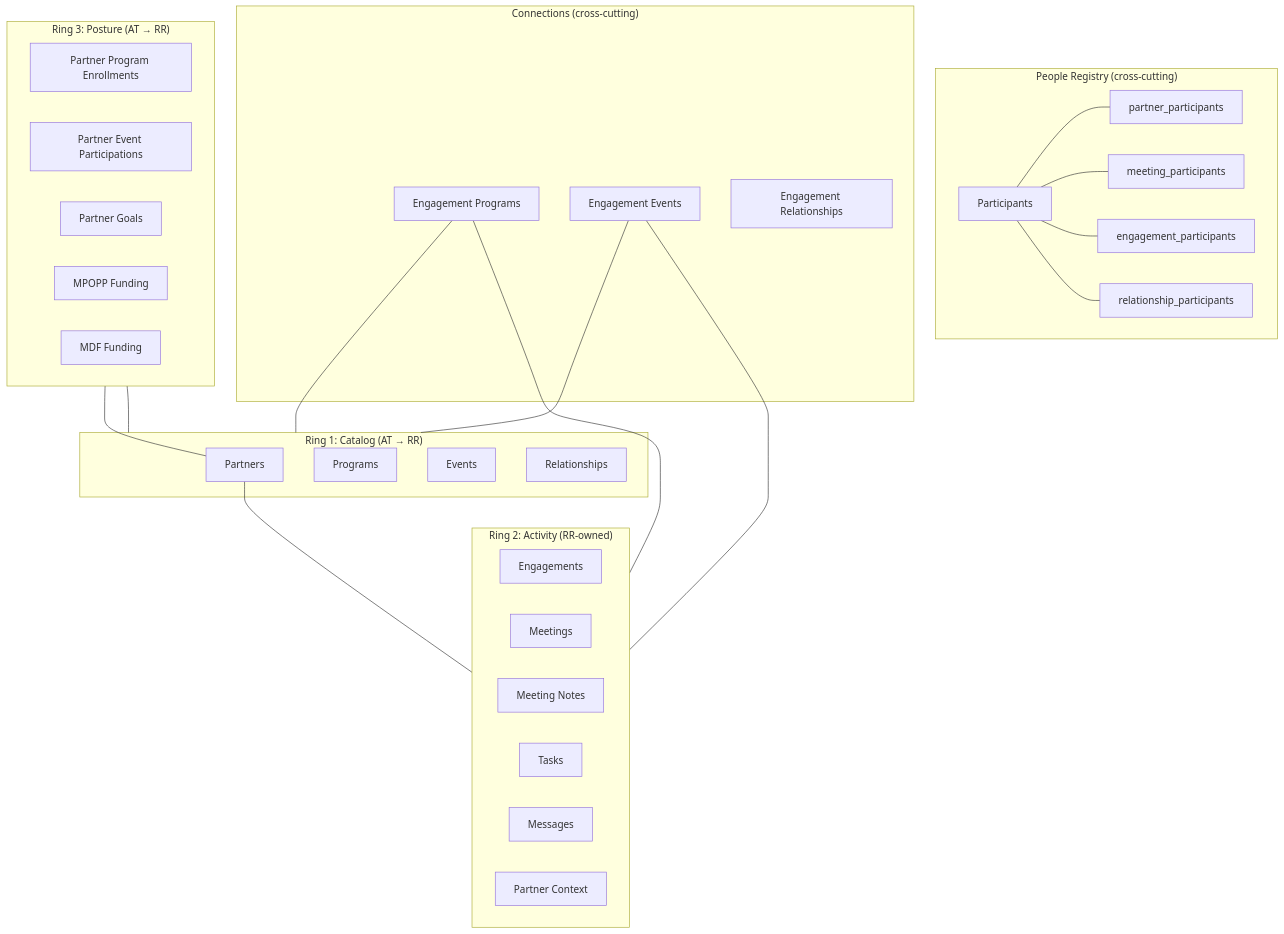
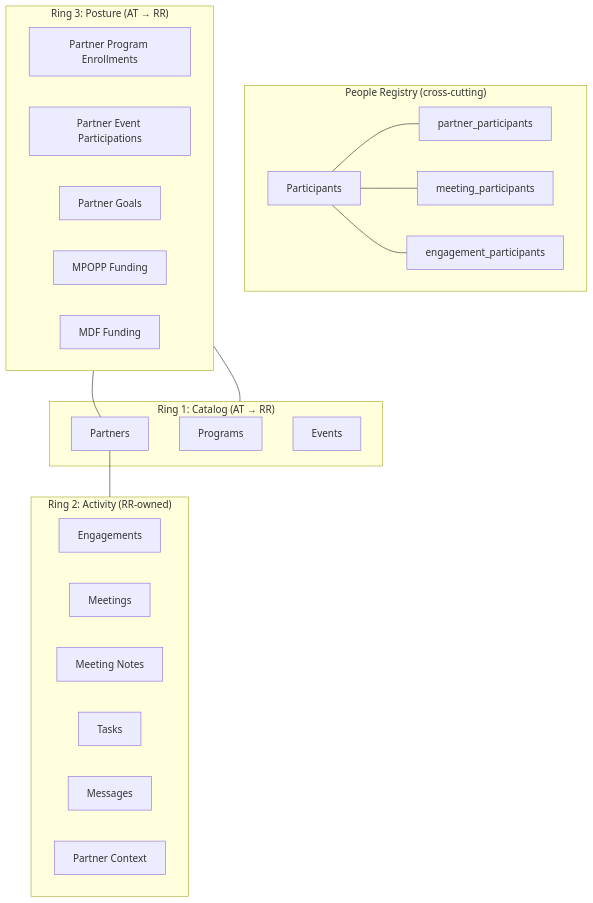
Before and after one commit to zingozingo/roadrunner: the first of 5 diagrams in docs/entity-model.md, drawn with Mermaid. The commit also changed other lines of this file, not shown here.

First line of the commit message:
docs: update entity-model.md — 17 tables, dissolved junctions, program_name, CI email

````diff
--- a/docs/entity-model.md
+++ b/docs/entity-model.md
@@ -22,50 +22,38 @@
 ```mermaid
 graph TB
     subgraph RING1["Ring 1: Catalog (AT → RR)"]
         PARTNERS[Partners]
         PROGRAMS[Programs]
         EVENTS[Events]
-        RELATIONSHIPS[Relationships]
     end
 
     subgraph RING2["Ring 2: Activity (RR-owned)"]
         ENGAGEMENTS[Engagements]
         MEETINGS[Meetings]
         MEETING_NOTES[Meeting Notes]
         TASKS[Tasks]
         MESSAGES[Messages]
 
         PARTNER_CONTEXT[Partner Context]
     end
 
     subgraph PEOPLE["People Registry (cross-cutting)"]
         PARTICIPANTS[Participants]
         PP[partner_participants]
         MP[meeting_participants]
         EP[engagement_participants]
-        RP[relationship_participants]
-    end
-
-    subgraph JUNCTIONS["Connections (cross-cutting)"]
-        ELP[Engagement Programs]
-        ELE[Engagement Events]
-        ER[Engagement Relationships]
     end
 
     subgraph RING3["Ring 3: Posture (AT → RR)"]
         PARTNER_PROGRAMS[Partner Program Enrollments]
         PARTNER_EVENTS[Partner Event Participations]
         PARTNER_GOALS[Partner Goals]
         MPOPP[MPOPP Funding]
         MDF[MDF Funding]
     end
 
     PARTNERS --- RING2
-    PARTICIPANTS --- PP & MP & EP & RP
-    ELP --- RING1
-    ELE --- RING1
-    ELP --- RING2
-    ELE --- RING2
+    PARTICIPANTS --- PP & MP & EP
     RING3 --- PARTNERS
     RING3 --- RING1
 ```
````
